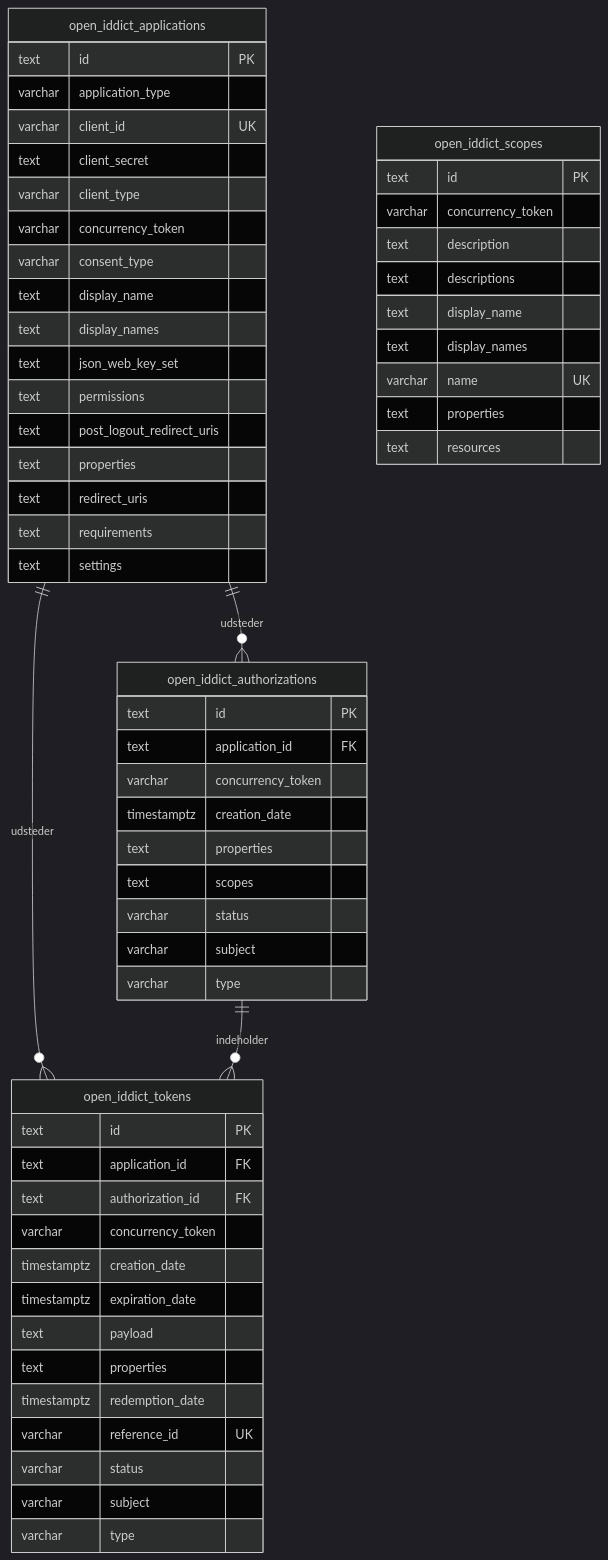
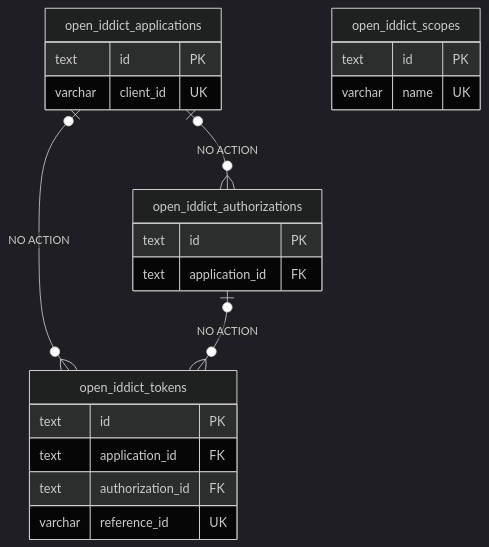
The tenth of 11 diagrams in docs/database.md (smallbenji/DS28-website), drawn with Mermaid (dark theme) before and after one commit. The commit also changed other lines of this file and 2 other files, not shown here.

````diff
--- a/docs/database.md
+++ b/docs/database.md
@@ -600,65 +1556,25 @@
 ```mermaid
 erDiagram
     open_iddict_applications {
         text id PK
-        varchar application_type
         varchar client_id UK
-        text client_secret
-        varchar client_type
-        varchar concurrency_token
-        varchar consent_type
-        text display_name
-        text display_names
-        text json_web_key_set
-        text permissions
-        text post_logout_redirect_uris
-        text properties
-        text redirect_uris
-        text requirements
-        text settings
     }
-
     open_iddict_scopes {
         text id PK
-        varchar concurrency_token
-        text description
-        text descriptions
-        text display_name
-        text display_names
         varchar name UK
-        text properties
-        text resources
     }
-
     open_iddict_authorizations {
         text id PK
         text application_id FK
-        varchar concurrency_token
-        timestamptz creation_date
-        text properties
-        text scopes
-        varchar status
-        varchar subject
-        varchar type
     }
-
     open_iddict_tokens {
         text id PK
         text application_id FK
         text authorization_id FK
-        varchar concurrency_token
-        timestamptz creation_date
-        timestamptz expiration_date
-        text payload
-        text properties
-        timestamptz redemption_date
         varchar reference_id UK
-        varchar status
-        varchar subject
-        varchar type
     }
 
-    open_iddict_applications ||--o{ open_iddict_authorizations : "udsteder"
-    open_iddict_applications ||--o{ open_iddict_tokens : "udsteder"
-    open_iddict_authorizations ||--o{ open_iddict_tokens : "indeholder"
+    open_iddict_applications |o--o{ open_iddict_authorizations : "NO ACTION"
+    open_iddict_applications |o--o{ open_iddict_tokens : "NO ACTION"
+    open_iddict_authorizations |o--o{ open_iddict_tokens : "NO ACTION"
 ```
````
